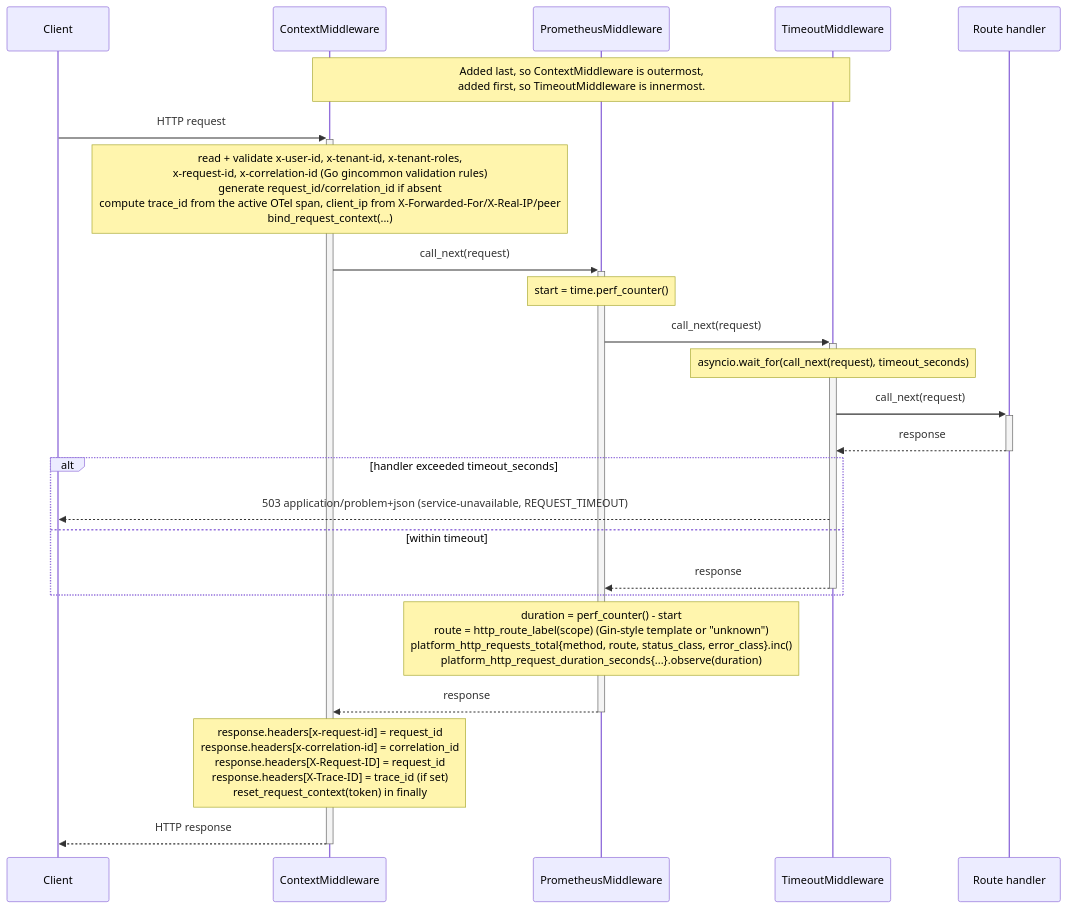
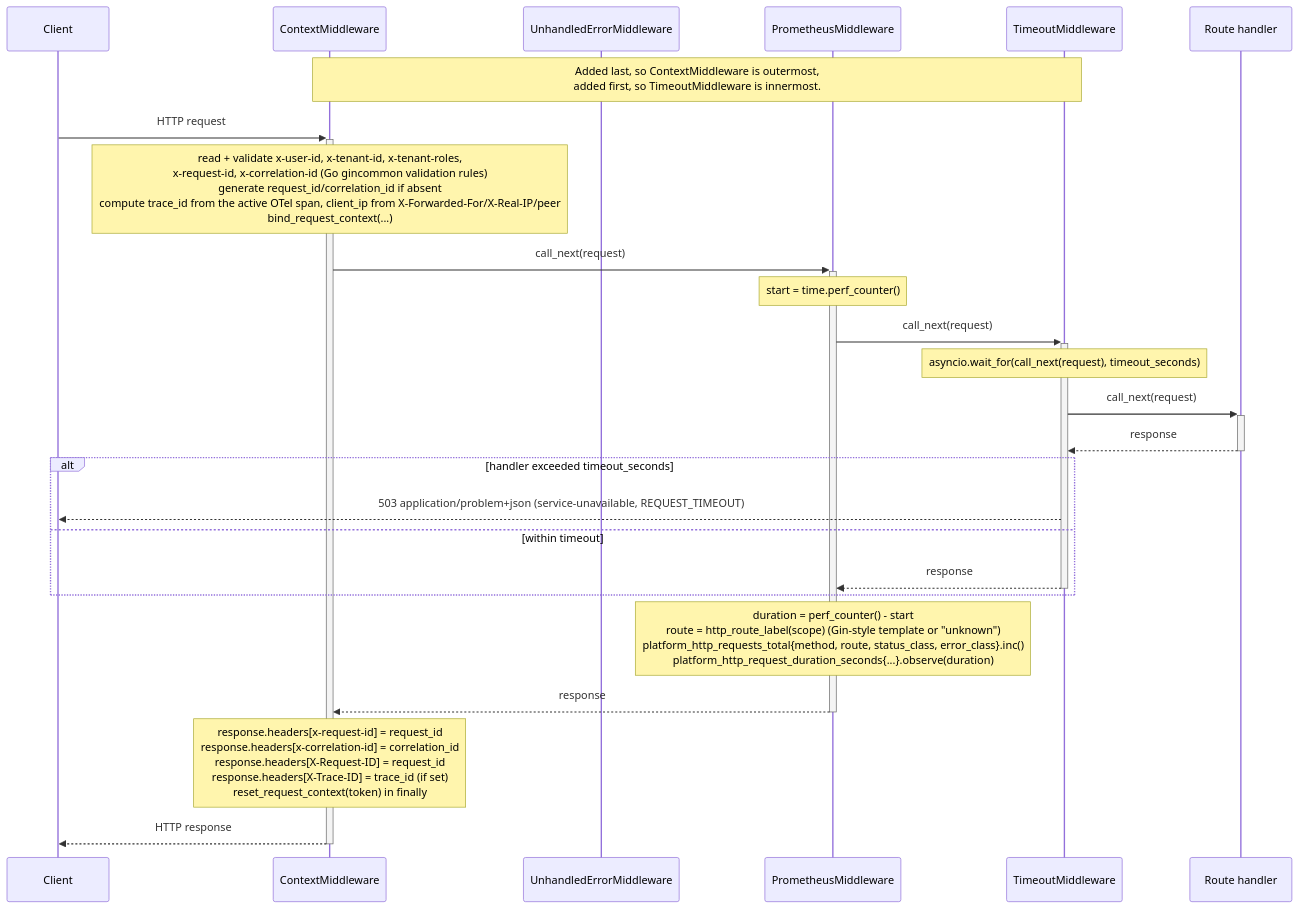
One commit to BCBP-SOLUTIONS-FZC-LLC/platform-fastapicommon changed the diagram in docs/architecture/mermaid/request-flow.mmd. Above: the diagram before and after it, drawn with Mermaid. The commit also changed 11 other files, not shown here.

```diff
--- a/docs/architecture/mermaid/request-flow.mmd
+++ b/docs/architecture/mermaid/request-flow.mmd
@@ -1,33 +1,34 @@
 sequenceDiagram
     participant Client
     participant CM as ContextMiddleware
+    participant UE as UnhandledErrorMiddleware
     participant PM as PrometheusMiddleware
     participant TM as TimeoutMiddleware
     participant H as Route handler
 
     Note over CM,TM: Added last, so ContextMiddleware is outermost,<br/>added first, so TimeoutMiddleware is innermost.
 
     Client ->>+ CM: HTTP request
     Note over CM: read + validate x-user-id, x-tenant-id, x-tenant-roles,<br/>x-request-id, x-correlation-id (Go gincommon validation rules)<br/>generate request_id/correlation_id if absent<br/>compute trace_id from the active OTel span, client_ip from X-Forwarded-For/X-Real-IP/peer<br/>bind_request_context(...)
 
     CM ->>+ PM: call_next(request)
     Note over PM: start = time.perf_counter()
 
     PM ->>+ TM: call_next(request)
     Note over TM: asyncio.wait_for(call_next(request), timeout_seconds)
 
     TM ->>+ H: call_next(request)
     H -->>- TM: response
 
     alt handler exceeded timeout_seconds
         TM -->> Client: 503 application/problem+json (service-unavailable, REQUEST_TIMEOUT)
     else within timeout
         TM -->>- PM: response
     end
 
     Note over PM: duration = perf_counter() - start<br/>route = http_route_label(scope) (Gin-style template or "unknown")<br/>platform_http_requests_total{method, route, status_class, error_class}.inc()<br/>platform_http_request_duration_seconds{...}.observe(duration)
 
     PM -->>- CM: response
     Note over CM: response.headers[x-request-id] = request_id<br/>response.headers[x-correlation-id] = correlation_id<br/>response.headers[X-Request-ID] = request_id<br/>response.headers[X-Trace-ID] = trace_id (if set)<br/>reset_request_context(token) in finally
 
     CM -->>- Client: HTTP response
```
